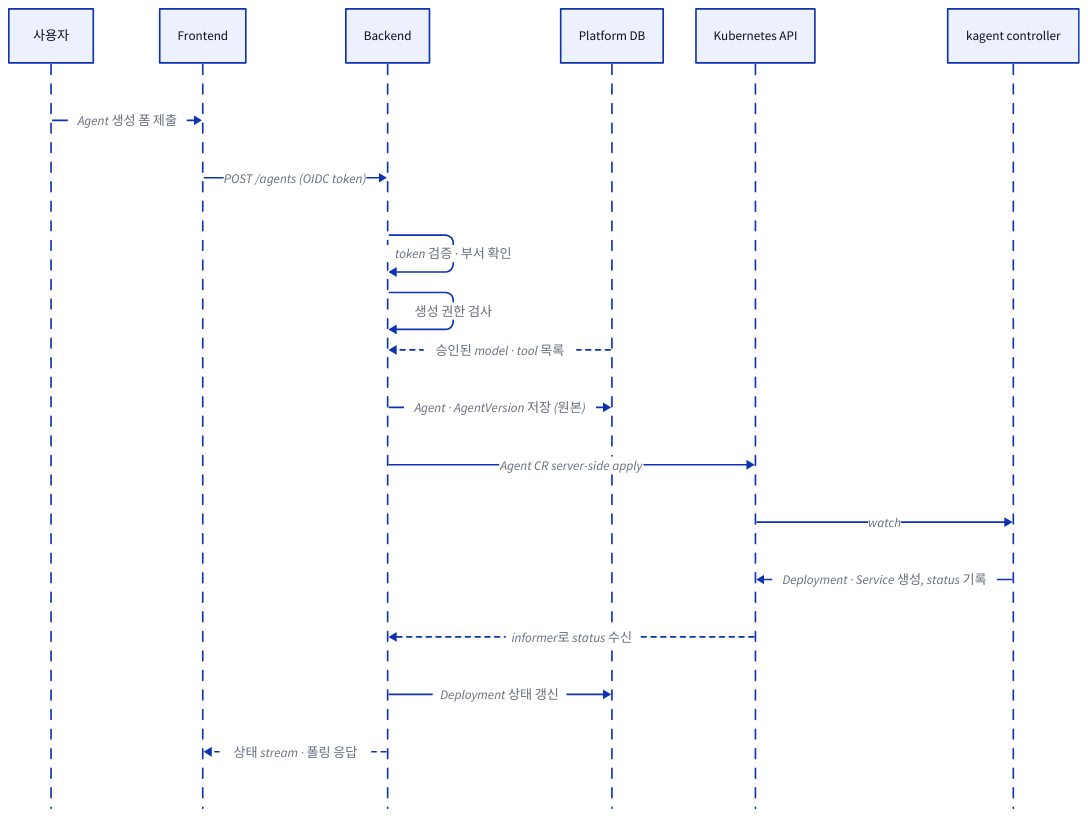
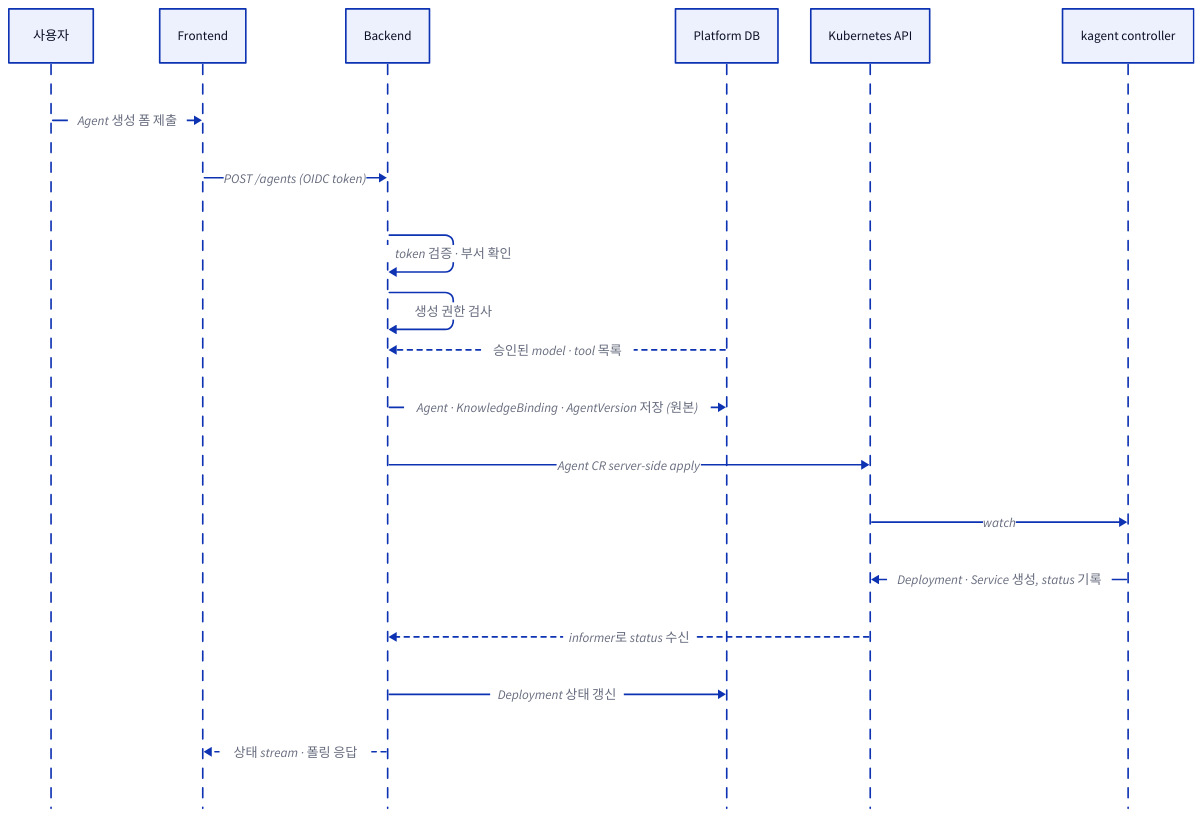
Before and after one commit to mechurak/study-starlight: the first of 3 diagrams in src/content/docs/agent-platform/10-kagent-integration.mdx, drawn with D2. The commit also changed other lines of this file and 21 other files, not shown here.

Commit message:
Refine the agent platform architecture deck

````diff
--- a/src/content/docs/agent-platform/10-kagent-integration.mdx
+++ b/src/content/docs/agent-platform/10-kagent-integration.mdx
@@ -71,23 +71,23 @@
 ```d2 pad=40 title="사용자가 포털에서 Agent를 만들면 backend가 ACL을 검사하고 DB에 저장한 뒤 CRD를 apply하고, controller가 만든 status를 다시 DB에 반영하는 시퀀스"
 shape: sequence_diagram
 
 user: 사용자
 fe: Frontend
 be: Backend
 db: Platform DB
 k8s: Kubernetes API
 ctrl: kagent controller
 
 user -> fe: "Agent 생성 폼 제출"
 fe -> be: "POST /agents (OIDC token)"
 be -> be: "token 검증 · 부서 확인"
 be -> be: "생성 권한 검사"
 db -> be: "승인된 model · tool 목록" { style.stroke-dash: 3 }
-be -> db: "Agent · AgentVersion 저장 (원본)"
+be -> db: "Agent · KnowledgeBinding · AgentVersion 저장 (원본)"
 be -> k8s: "Agent CR server-side apply"
 k8s -> ctrl: "watch"
 ctrl -> k8s: "Deployment · Service 생성, status 기록"
 k8s -> be: "informer로 status 수신" { style.stroke-dash: 3 }
 be -> db: "Deployment 상태 갱신"
 be -> fe: "상태 stream · 폴링 응답" { style.stroke-dash: 3 }
 ```
````
